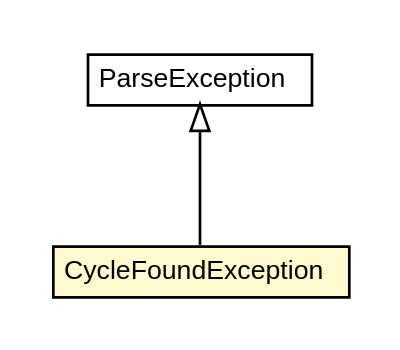
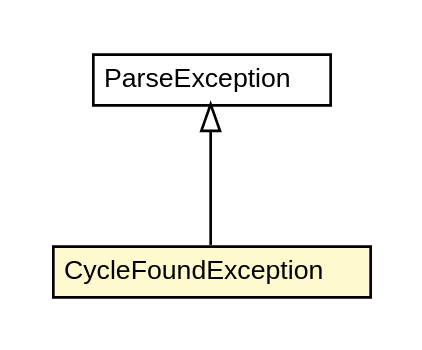
One commit to trajano/jetng changed the diagram in jetng-core/apidocs/net/trajano/jetng/CycleFoundException.dot. Above: the diagram before and after it, drawn with Graphviz. The commit also changed 185 other files, not shown here.

```diff
--- a/jetng-core/apidocs/net/trajano/jetng/CycleFoundException.dot
+++ b/jetng-core/apidocs/net/trajano/jetng/CycleFoundException.dot
@@ -1,26 +1,26 @@
 #!/usr/local/bin/dot
 #
 # Class diagram 
 # Generated by UMLGraph version R5_6-24-gf6e263 (http://www.umlgraph.org/)
 #
 
 digraph G {
-	edge [fontname="arial",fontsize=10,labelfontname="arial",labelfontsize=10];
-	node [fontname="arial",fontsize=10,shape=plaintext];
+	edge [fontname="Helvetica",fontsize=10,labelfontname="Helvetica",labelfontsize=10];
+	node [fontname="Helvetica",fontsize=10,shape=plaintext];
 	nodesep=0.25;
 	ranksep=0.5;
 	// net.trajano.jetng.ParseException
-	c52 [label=<<table title="net.trajano.jetng.ParseException" border="0" cellborder="1" cellspacing="0" cellpadding="2" port="p" href="./ParseException.html">
+	c55 [label=<<table title="net.trajano.jetng.ParseException" border="0" cellborder="1" cellspacing="0" cellpadding="2" port="p" href="./ParseException.html">
 		<tr><td><table border="0" cellspacing="0" cellpadding="1">
 <tr><td align="center" balign="center"> ParseException </td></tr>
 		</table></td></tr>
-		</table>>, URL="./ParseException.html", fontname="arial", fontcolor="black", fontsize=10.0];
+		</table>>, URL="./ParseException.html", fontname="Helvetica", fontcolor="black", fontsize=10.0];
 	// net.trajano.jetng.CycleFoundException
 	c57 [label=<<table title="net.trajano.jetng.CycleFoundException" border="0" cellborder="1" cellspacing="0" cellpadding="2" port="p" bgcolor="lemonChiffon" href="./CycleFoundException.html">
 		<tr><td><table border="0" cellspacing="0" cellpadding="1">
 <tr><td align="center" balign="center"> CycleFoundException </td></tr>
 		</table></td></tr>
-		</table>>, URL="./CycleFoundException.html", fontname="arial", fontcolor="black", fontsize=10.0];
+		</table>>, URL="./CycleFoundException.html", fontname="Helvetica", fontcolor="black", fontsize=10.0];
 	//net.trajano.jetng.CycleFoundException extends net.trajano.jetng.ParseException
-	c52:p -> c57:p [dir=back,arrowtail=empty];
+	c55:p -> c57:p [dir=back,arrowtail=empty];
 }
```
